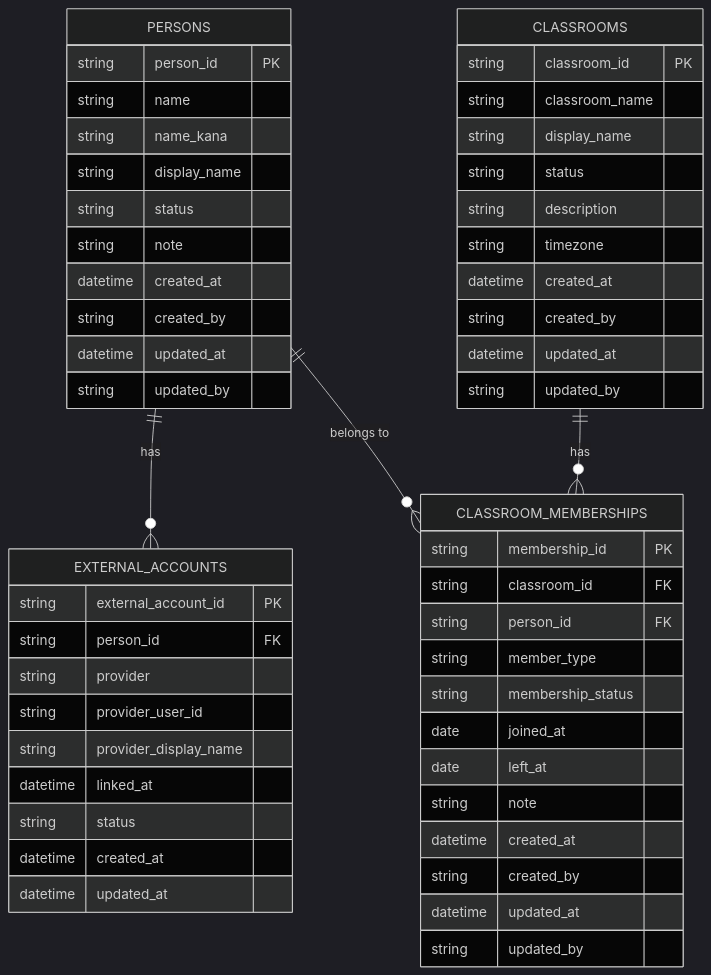
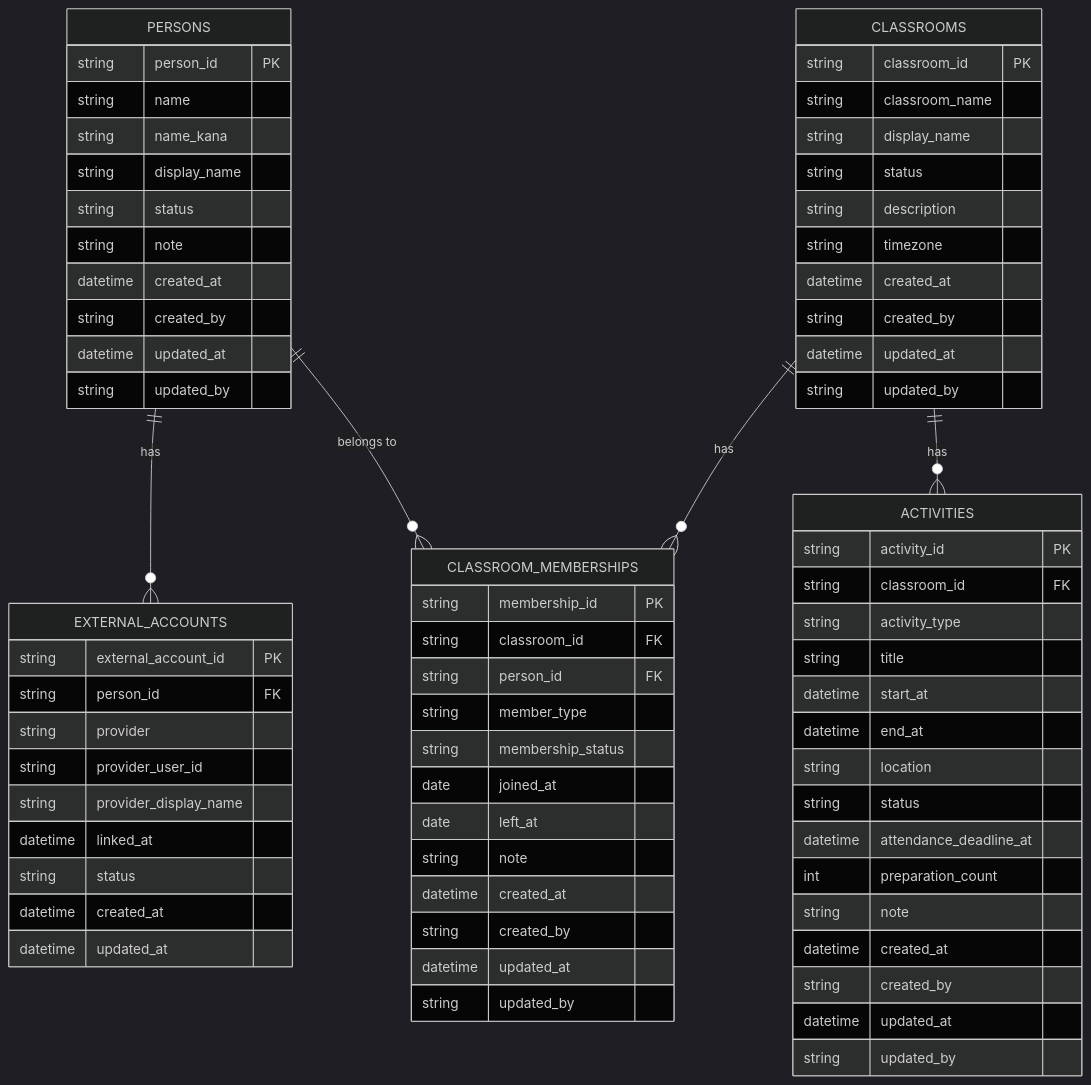
The diagram in docs/database/er-diagram-v0.1.md (hirokazu0208/tea-management), drawn with Mermaid (dark theme) before and after one commit.

Commit message:
docs: add activities to ER diagram v0.2

````diff
--- a/docs/database/er-diagram-v0.1.md
+++ b/docs/database/er-diagram-v0.1.md
@@ -5,60 +5,79 @@
 ```mermaid
 erDiagram
 
     PERSONS {
         string person_id PK
         string name
         string name_kana
         string display_name
         string status
         string note
         datetime created_at
         string created_by
         datetime updated_at
         string updated_by
     }
 
     EXTERNAL_ACCOUNTS {
         string external_account_id PK
         string person_id FK
         string provider
         string provider_user_id
         string provider_display_name
         datetime linked_at
         string status
         datetime created_at
         datetime updated_at
     }
 
     CLASSROOMS {
         string classroom_id PK
         string classroom_name
         string display_name
         string status
         string description
         string timezone
         datetime created_at
         string created_by
         datetime updated_at
         string updated_by
     }
 
     CLASSROOM_MEMBERSHIPS {
         string membership_id PK
         string classroom_id FK
         string person_id FK
         string member_type
         string membership_status
         date joined_at
         date left_at
         string note
         datetime created_at
         string created_by
         datetime updated_at
         string updated_by
     }
 
+    ACTIVITIES {
+        string activity_id PK
+        string classroom_id FK
+        string activity_type
+        string title
+        datetime start_at
+        datetime end_at
+        string location
+        string status
+        datetime attendance_deadline_at
+        int preparation_count
+        string note
+        datetime created_at
+        string created_by
+        datetime updated_at
+        string updated_by
+    }
+
     PERSONS ||--o{ EXTERNAL_ACCOUNTS : "has"
     PERSONS ||--o{ CLASSROOM_MEMBERSHIPS : "belongs to"
     CLASSROOMS ||--o{ CLASSROOM_MEMBERSHIPS : "has"
+    CLASSROOMS ||--o{ ACTIVITIES : has
 ```
````
